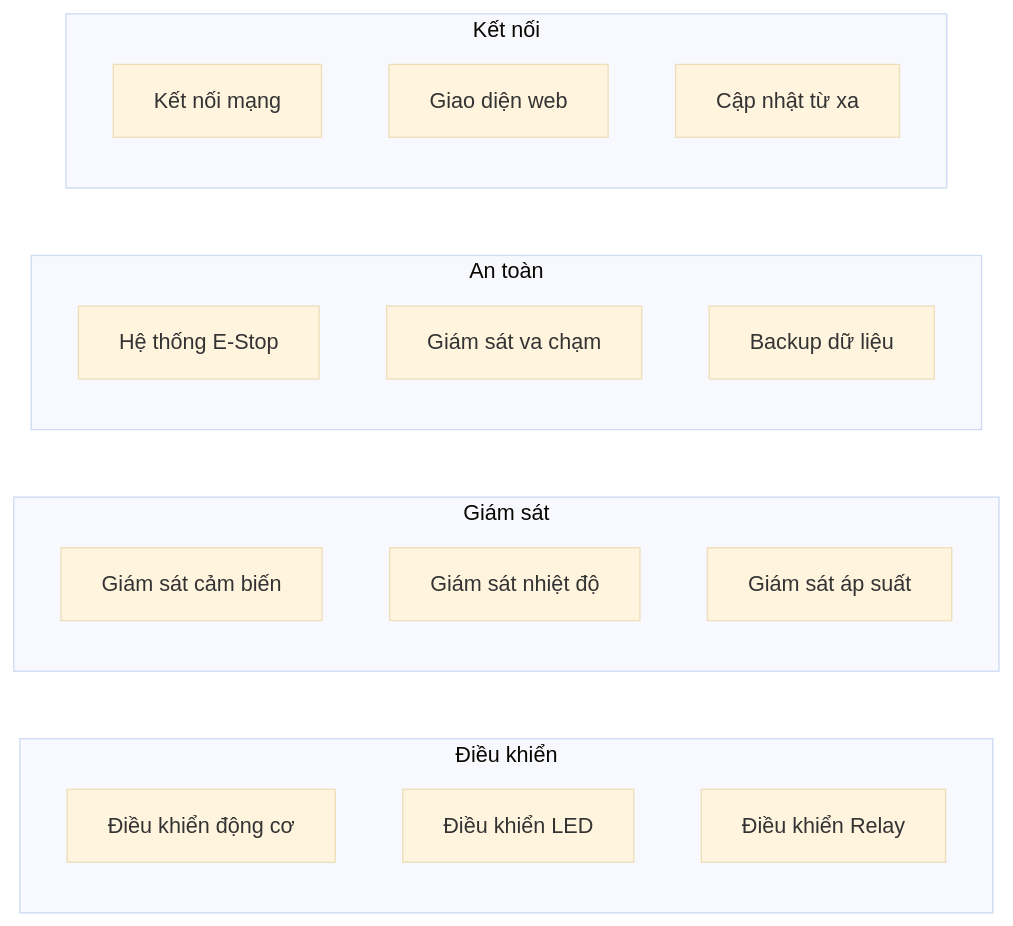
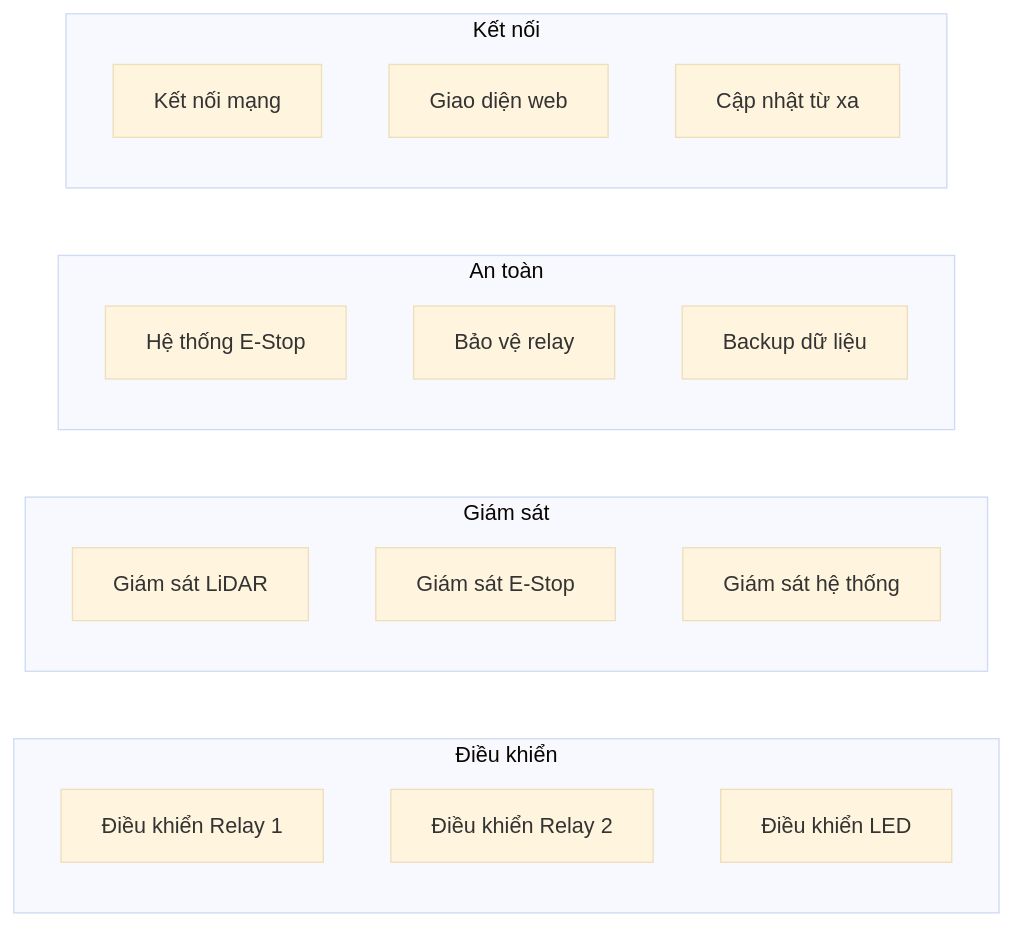
The ninth of 9 diagrams in docs/FIRMWARE/04_DOCUMENTATION/FIRMWARE_TINH_NANG_HIEN_TAI.md (kimlam2010/OHT_V2), drawn with Mermaid (base theme) before and after one commit. The commit also changed other lines of this file, not shown here.

````diff
--- a/docs/FIRMWARE/04_DOCUMENTATION/FIRMWARE_TINH_NANG_HIEN_TAI.md
+++ b/docs/FIRMWARE/04_DOCUMENTATION/FIRMWARE_TINH_NANG_HIEN_TAI.md
@@ -310,26 +309,26 @@
 ```mermaid
 graph LR
     subgraph "Điều khiển"
-        C1[Điều khiển động cơ]
-        C2[Điều khiển LED]
-        C3[Điều khiển Relay]
+        C1[Điều khiển Relay 1]
+        C2[Điều khiển Relay 2]
+        C3[Điều khiển LED]
     end
     
     subgraph "Giám sát"
-        M1[Giám sát cảm biến]
-        M2[Giám sát nhiệt độ]
-        M3[Giám sát áp suất]
+        M1[Giám sát LiDAR]
+        M2[Giám sát E-Stop]
+        M3[Giám sát hệ thống]
     end
     
     subgraph "An toàn"
         S1[Hệ thống E-Stop]
-        S2[Giám sát va chạm]
+        S2[Bảo vệ relay]
         S3[Backup dữ liệu]
     end
     
     subgraph "Kết nối"
         N1[Kết nối mạng]
         N2[Giao diện web]
         N3[Cập nhật từ xa]
     end
 ```
````
